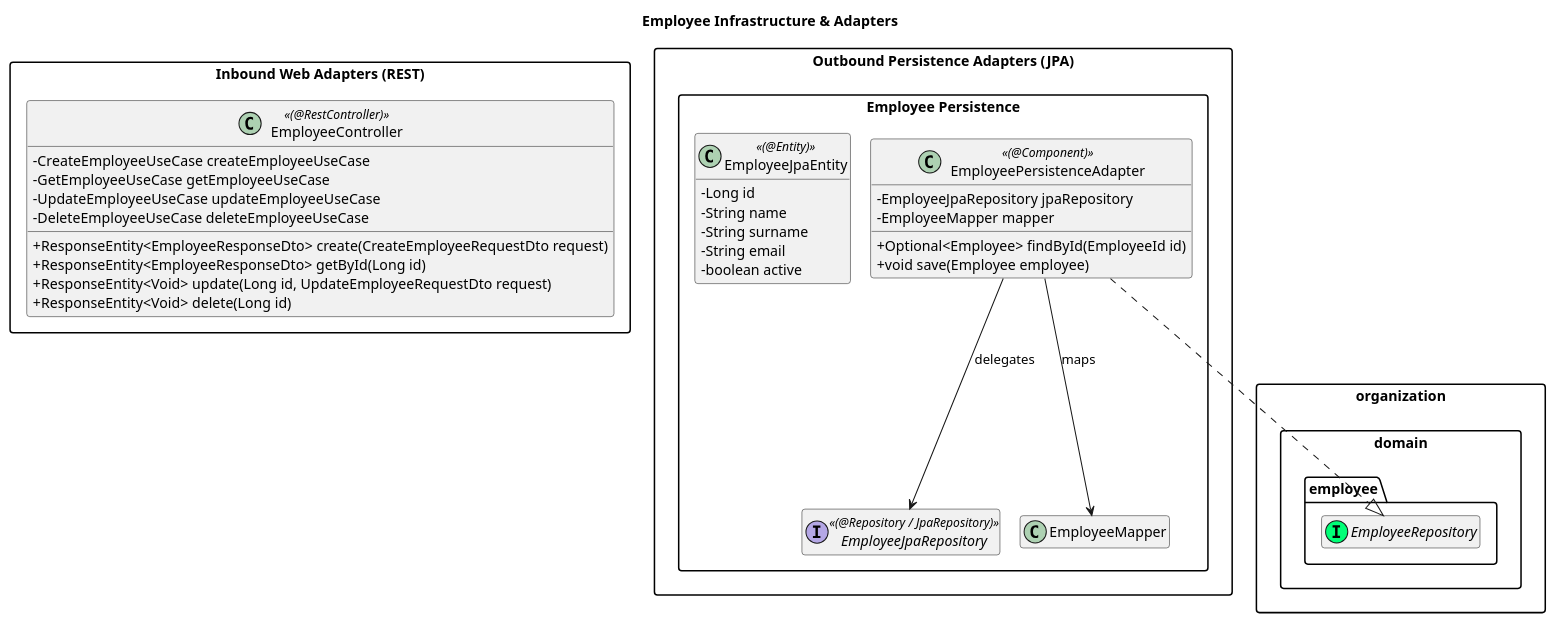
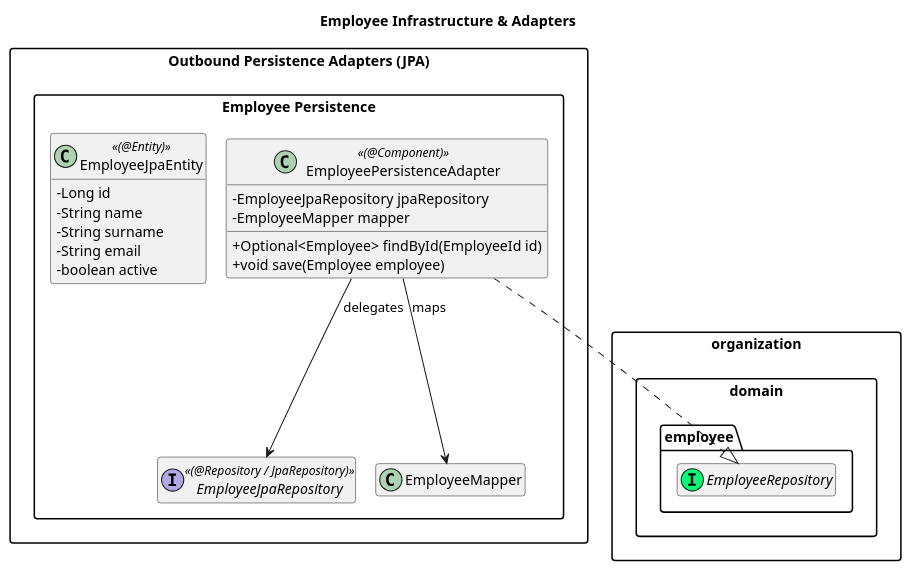
Before and after one commit to erikandreasdev/oulearning: the diagram in doc/organization/employee/infrastructure.puml, drawn with PlantUML. The commit also changed 49 other files, not shown here.

```diff
--- a/doc/organization/employee/infrastructure.puml
+++ b/doc/organization/employee/infrastructure.puml
@@ -1,53 +1,41 @@
 @startuml infrastructure_employee
 skinparam classAttributeIconSize 0
 hide empty members
 skinparam shadowing false
 skinparam roundcorner 6
 skinparam packageStyle rectangle
 skinparam nodesep 20
 skinparam ranksep 25
 
 title Employee Infrastructure & Adapters
 
-package "Inbound Web Adapters (REST)" {
-  class EmployeeController << (@RestController) >> {
-    - CreateEmployeeUseCase createEmployeeUseCase
-    - GetEmployeeUseCase getEmployeeUseCase
-    - UpdateEmployeeUseCase updateEmployeeUseCase
-    - DeleteEmployeeUseCase deleteEmployeeUseCase
-    + ResponseEntity<EmployeeResponseDto> create(CreateEmployeeRequestDto request)
-    + ResponseEntity<EmployeeResponseDto> getById(Long id)
-    + ResponseEntity<Void> update(Long id, UpdateEmployeeRequestDto request)
-    + ResponseEntity<Void> delete(Long id)
-  }
-}
 
 package "Outbound Persistence Adapters (JPA)" {
   package "Employee Persistence" {
     class EmployeePersistenceAdapter << (@Component) >> {
       - EmployeeJpaRepository jpaRepository
       - EmployeeMapper mapper
       + Optional<Employee> findById(EmployeeId id)
       + void save(Employee employee)
     }
     interface EmployeeJpaRepository << (@Repository / JpaRepository) >>
     class EmployeeJpaEntity << (@Entity) >> {
       - Long id
       - String name
       - String surname
       - String email
       - boolean active
     }
     class EmployeeMapper
   }
 }
 
 package organization.domain.employee <<Folder>> {
   interface EmployeeRepository << (I, #00FF77) >>
 }
 
 EmployeePersistenceAdapter ..|> EmployeeRepository
 EmployeePersistenceAdapter --> EmployeeJpaRepository : delegates
 EmployeePersistenceAdapter --> EmployeeMapper : maps
 
 @enduml
```
